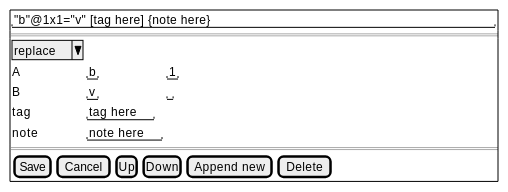
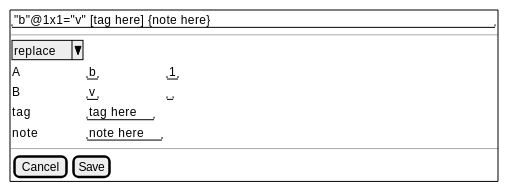
The first of 2 diagrams in libs/parts/philology/philology-ui/README.md (vedph/cadmus_web), drawn with PlantUML before and after one commit. The commit also changed other lines of this file and 9 other files, not shown here.

````diff
--- a/libs/parts/philology/philology-ui/README.md
+++ b/libs/parts/philology/philology-ui/README.md
@@ -17,21 +15,21 @@
 ```plantuml
 @startuml
 salt
 {+
   "&#34;b&#34;@1x1=&#34;v&#34; [tag here] &#123;note here&#125;"
-  ==
+  --
   {
     ^replace^
     A | "b" | "1"
     B | "v" | ""
     tag | "tag here"
     note | "note here"
   }
-  ==
+  --
   {
-    [Save] | [Cancel] | [Up] | [Down] | [Append new] | [Delete]
+    [Cancel] | [Save]
   }
 }
 }
 @enduml
 ```
````
